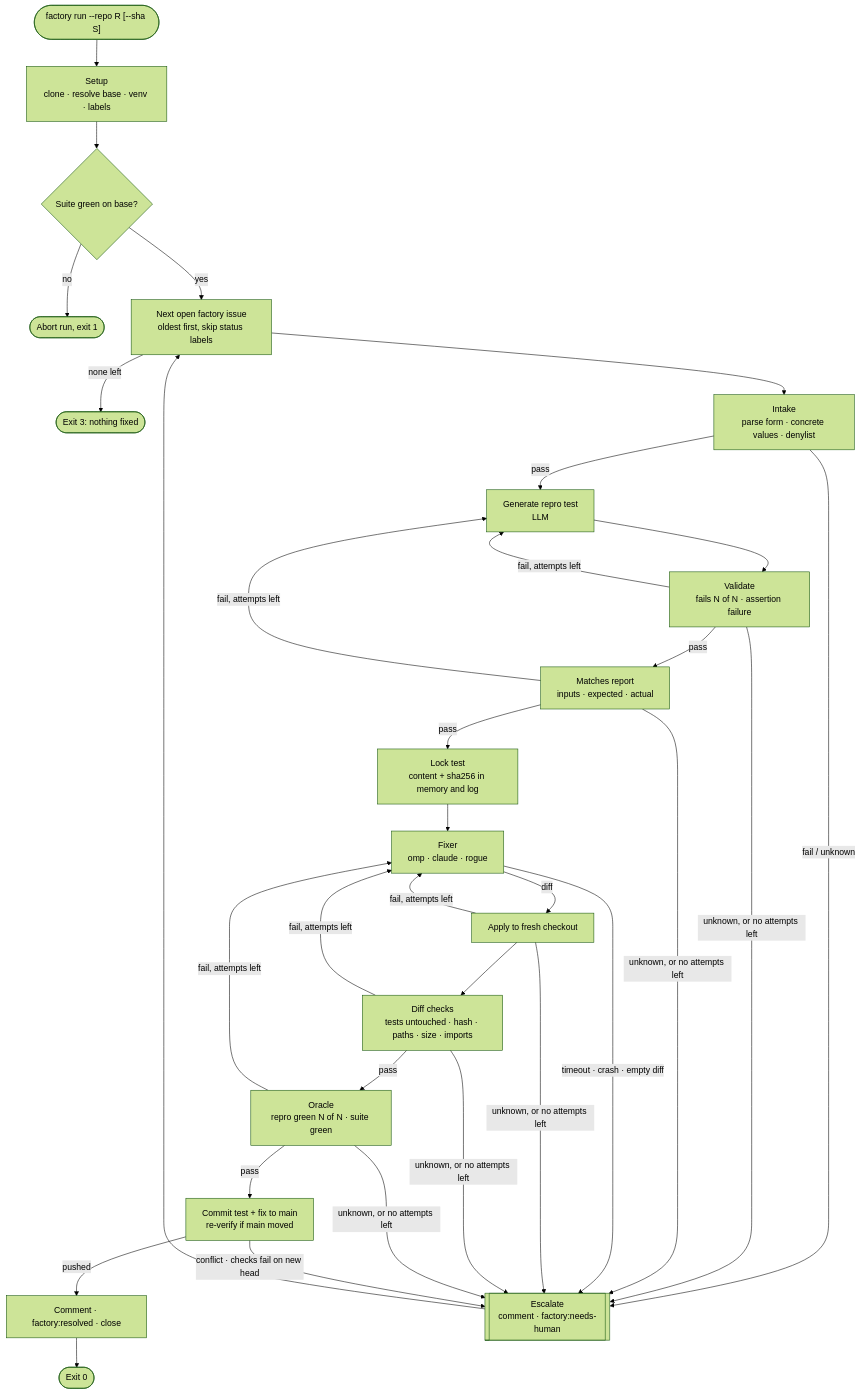
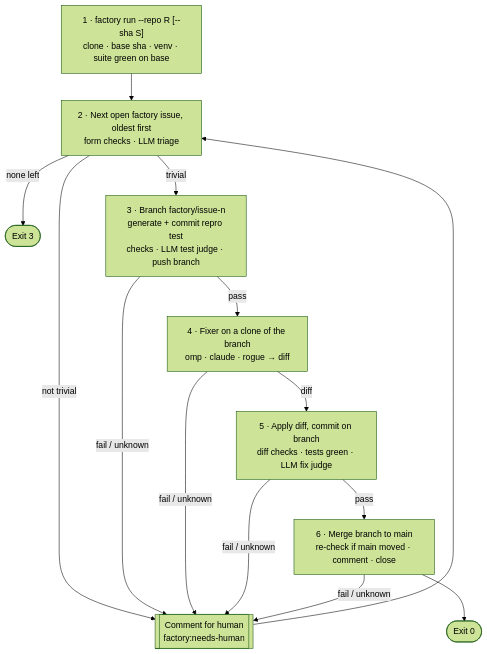
Before and after one commit to aische/dark_factory_for_bug_resolution: the diagram in .notes/cli-spec.md, drawn with Mermaid (forest theme). The commit also changed other lines of this file, not shown here.

````diff
--- a/.notes/cli-spec.md
+++ b/.notes/cli-spec.md
@@ -40,30 +44,14 @@
 ```mermaid
 flowchart TD
-    START(["factory run --repo R [--sha S]"]) --> SETUP["Setup<br/>clone · resolve base · venv · labels"]
-    SETUP --> SUITE{"Suite green on base?"}
-    SUITE -->|no| ABORT(["Abort run, exit 1"])
-    SUITE -->|yes| NEXT["Next open factory issue<br/>oldest first, skip status labels"]
-    NEXT -->|none left| DONE0(["Exit 3: nothing fixed"])
-    NEXT --> IN["Intake<br/>parse form · concrete values · denylist"]
-    IN -->|pass| GEN["Generate repro test<br/>LLM"]
-    GEN --> VAL["Validate<br/>fails N of N · assertion failure"]
-    VAL -->|pass| MATCH["Matches report<br/>inputs · expected · actual"]
-    VAL & MATCH -->|"fail, attempts left"| GEN
-    MATCH -->|pass| LOCK["Lock test<br/>content + sha256 in memory and log"]
-    LOCK --> FIX["Fixer<br/>omp · claude · rogue"]
-    FIX -->|diff| APPLY["Apply to fresh checkout"]
-    APPLY --> DIFF["Diff checks<br/>tests untouched · hash · paths · size · imports"]
-    DIFF -->|pass| ORA["Oracle<br/>repro green N of N · suite green"]
-    APPLY & DIFF & ORA -->|"fail, attempts left"| FIX
-    ORA -->|pass| MRG["Commit test + fix to main<br/>re-verify if main moved"]
-    MRG -->|pushed| RES["Comment · factory:resolved · close"]
-    RES --> DONE(["Exit 0"])
-
-    ESC[["Escalate<br/>comment · factory:needs-human"]]
-    IN -->|"fail / unknown"| ESC
-    VAL & MATCH -->|"unknown, or no attempts left"| ESC
-    FIX -->|"timeout · crash · empty diff"| ESC
-    APPLY & DIFF & ORA -->|"unknown, or no attempts left"| ESC
-    MRG -->|"conflict · checks fail on new head"| ESC
-    ESC --> NEXT
+    S1["1 · factory run --repo R [--sha S]<br/>clone · base sha · venv · suite green on base"] --> S2
+    S2["2 · Next open factory issue, oldest first<br/>form checks · LLM triage"]
+    S2 -->|"none left"| NONE(["Exit 3"])
+    S2 -->|"not trivial"| HUM
+    S2 -->|trivial| S3["3 · Branch factory/issue-n<br/>generate + commit repro test<br/>checks · LLM test judge · push branch"]
+    S3 -->|pass| S4["4 · Fixer on a clone of the branch<br/>omp · claude · rogue → diff"]
+    S4 -->|diff| S5["5 · Apply diff, commit on branch<br/>diff checks · tests green · LLM fix judge"]
+    S5 -->|pass| S6["6 · Merge branch to main<br/>re-check if main moved · comment · close"]
+    S6 --> DONE(["Exit 0"])
+    S3 & S4 & S5 & S6 -->|"fail / unknown"| HUM[["Comment for human<br/>factory:needs-human"]]
+    HUM --> S2
 ```
````
